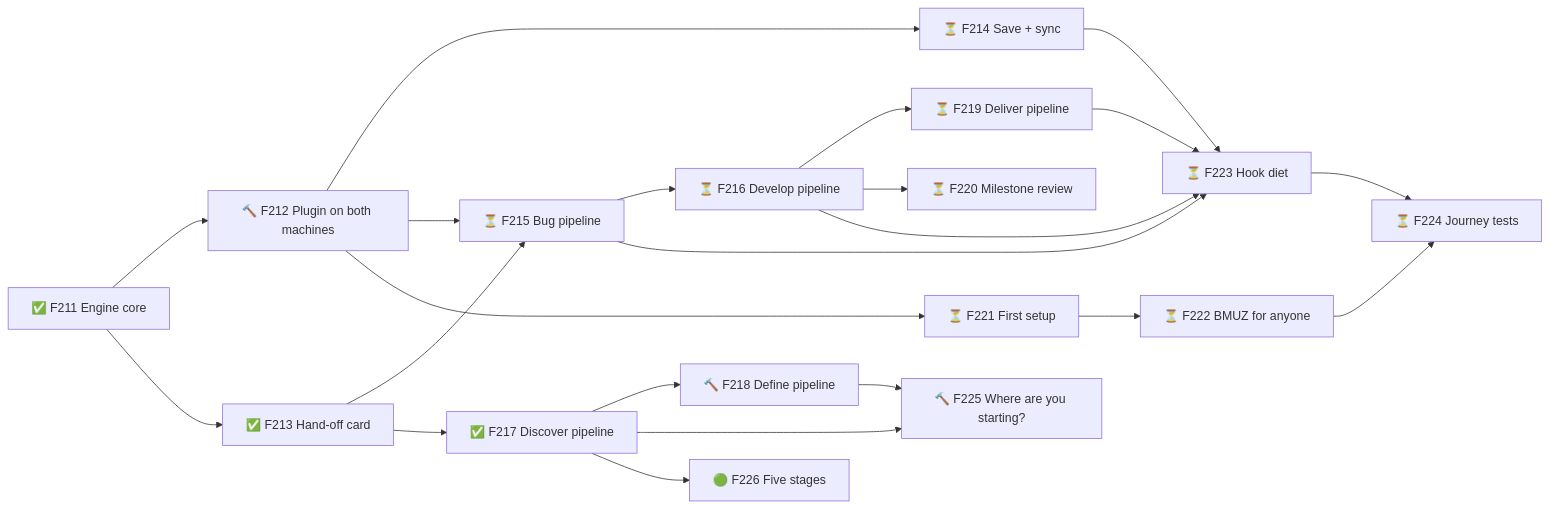
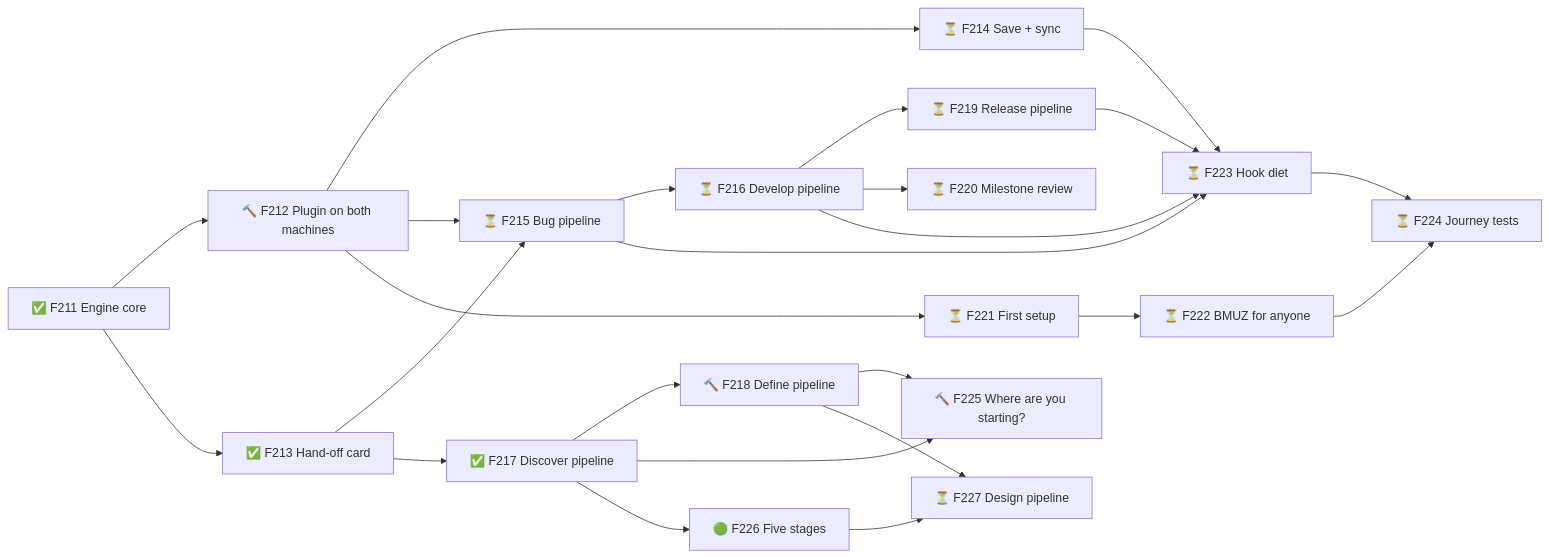
One commit to TheBlueMuzzy/framework changed diagram 41 of 41 in .planning/ROADMAP.md. Above: the diagram before and after it, drawn with Mermaid. The commit also changed other lines of this file and 3 other files, not shown here.

Commit message:
Plan check: roadmap, rebuild plan and vision match the five stage meanings + the entry point (F218 scope, F219 Release, F226 narrowed, new F227 — Design pipeline, J1/J2)

````diff
--- a/.planning/ROADMAP.md
+++ b/.planning/ROADMAP.md
@@ -662,24 +663,26 @@
 ```mermaid
 flowchart LR
   F211[✅ F211 Engine core] --> F212[🔨 F212 Plugin on both machines]
   F211 --> F213[✅ F213 Hand-off card]
   F212 --> F214[⏳ F214 Save + sync]
   F212 --> F215[⏳ F215 Bug pipeline]
   F213 --> F215
   F215 --> F216[⏳ F216 Develop pipeline]
   F213 --> F217[✅ F217 Discover pipeline]
   F217 --> F218[🔨 F218 Define pipeline]
-  F216 --> F219[⏳ F219 Deliver pipeline]
+  F216 --> F219[⏳ F219 Release pipeline]
   F216 --> F220[⏳ F220 Milestone review]
   F212 --> F221[⏳ F221 First setup]
   F221 --> F222[⏳ F222 BMUZ for anyone]
   F214 --> F223[⏳ F223 Hook diet]
   F215 --> F223
   F216 --> F223
   F219 --> F223
   F223 --> F224[⏳ F224 Journey tests]
   F222 --> F224
   F217 --> F225[🔨 F225 Where are you starting?]
   F218 --> F225
   F217 --> F226[🟢 F226 Five stages]
+  F218 --> F227[⏳ F227 Design pipeline]
+  F226 --> F227
 ```
````
